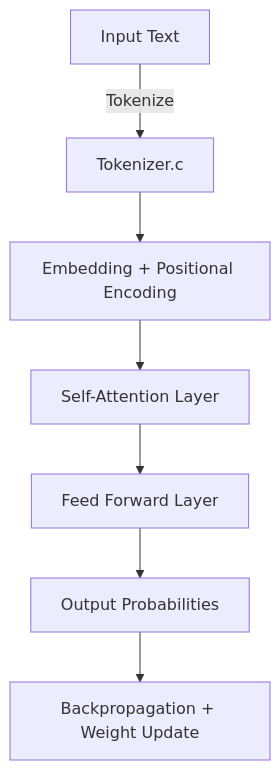
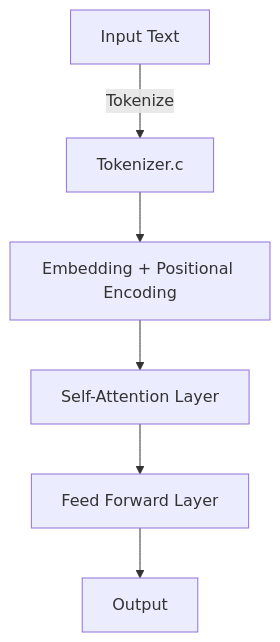
Before and after one commit to pstudios-automate/transformer-c: the first of 2 diagrams in README.md, drawn with Mermaid. The commit also changed other lines of this file and 1 other file, not shown here.

`````diff
--- a/README.md
+++ b/README.md
@@ -22,9 +22,8 @@
 ```mermaid
 graph TD
   A[Input Text] -->|Tokenize| B[Tokenizer.c]
   B --> C[Embedding + Positional Encoding]
   C --> D[Self-Attention Layer]
   D --> E[Feed Forward Layer]
-  E --> F[Output Probabilities]
-  F --> G[Backpropagation + Weight Update]
+  E --> F[Output]
 ````
`````
